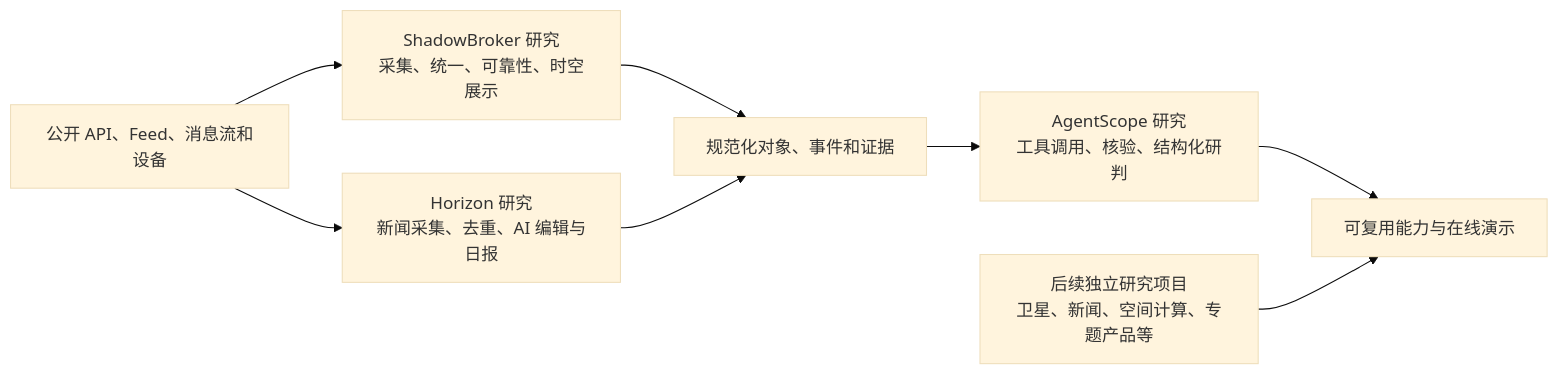
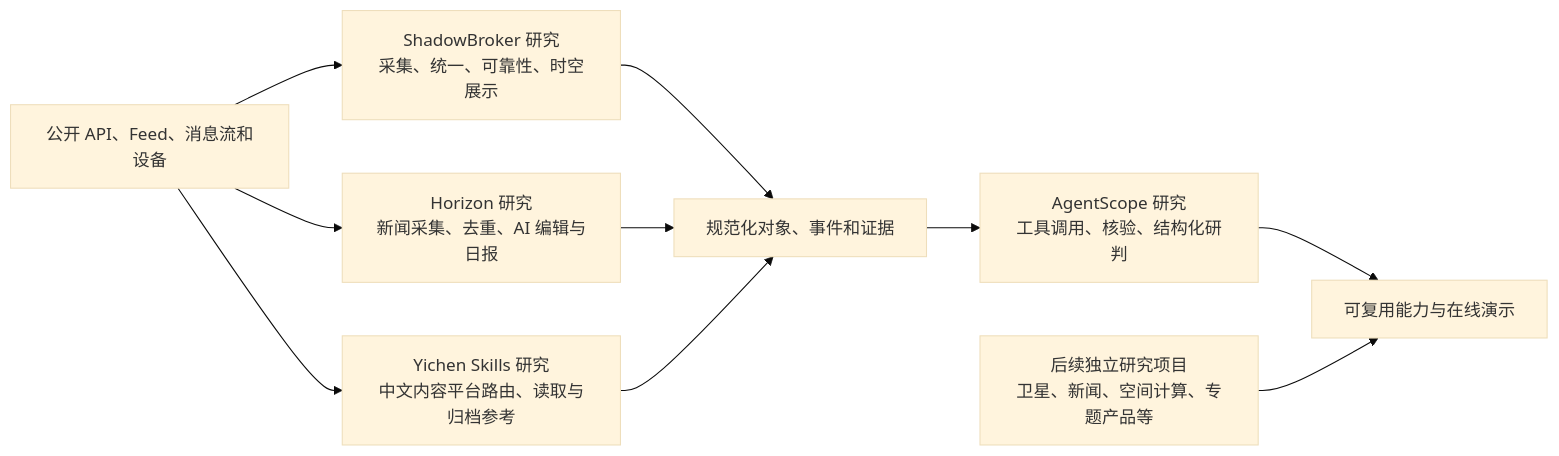
Before and after one commit to yydshly/0807_githubcode_study: the diagram in README.md, drawn with Mermaid (base theme). The commit also changed other lines of this file and 10 other files, not shown here.

Commit message:
docs: archive yichen skills platform study

````diff
--- a/README.md
+++ b/README.md
@@ -23,13 +24,15 @@
 ```mermaid
 flowchart LR
     A["公开 API、Feed、消息流和设备"]
     B["ShadowBroker 研究<br/>采集、统一、可靠性、时空展示"]
     H["Horizon 研究<br/>新闻采集、去重、AI 编辑与日报"]
+    Y["Yichen Skills 研究<br/>中文内容平台路由、读取与归档参考"]
     C["规范化对象、事件和证据"]
     D["AgentScope 研究<br/>工具调用、核验、结构化研判"]
     F["后续独立研究项目<br/>卫星、新闻、空间计算、专题产品等"]
     E["可复用能力与在线演示"]
     A --> B --> C --> D --> E
     A --> H --> C
+    A --> Y --> C
     F --> E
 ```
````
